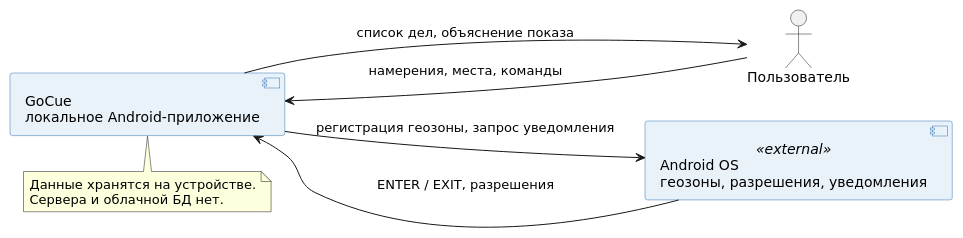
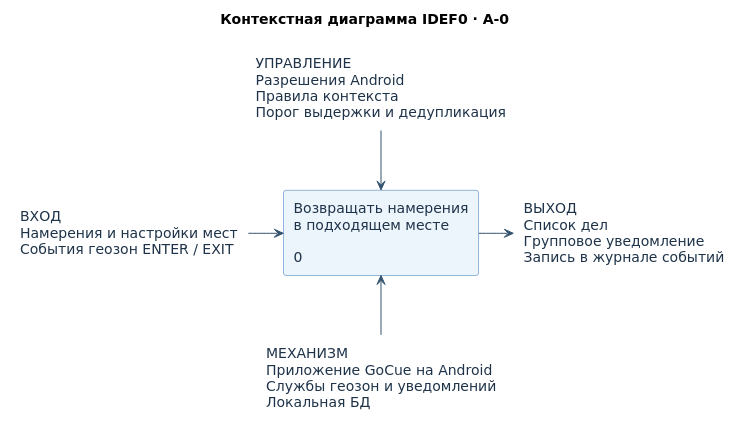
One commit to techmo0/GoCue changed the diagram in docs/lab-02/diagrams/01-context.puml. Above: the diagram before and after it, drawn with PlantUML. The commit also changed 7 other files, not shown here.

Commit message:
Redraw lab 2 context diagram in IDEF0 notation

```diff
--- a/docs/lab-02/diagrams/01-context.puml
+++ b/docs/lab-02/diagrams/01-context.puml
@@ -1,25 +1,23 @@
 @startuml
-left to right direction
+title Контекстная диаграмма IDEF0 · A-0
 skinparam backgroundColor white
 skinparam shadowing false
-skinparam defaultFontName "DejaVu Sans"
-skinparam componentStyle uml2
-skinparam component {
-  BackgroundColor #EAF2F9
-  BorderColor #2D70B2
-}
+skinparam defaultFontName DejaVu Sans
+skinparam rectangleBorderColor white
+skinparam rectangleFontColor #1E3349
+skinparam ArrowColor #34536F
+skinparam linetype ortho
+skinparam rectangle<<function>>BorderColor #2D70B2
+hide stereotype
 
-actor "Пользователь" as User
-component "GoCue\nлокальное Android-приложение" as App
-component "Android OS\nгеозоны, разрешения, уведомления" as OS <<external>>
+rectangle "УПРАВЛЕНИЕ\nРазрешения Android\nПравила контекста\nПорог выдержки и дедупликация" as C #white
+rectangle "ВХОД\nНамерения и настройки мест\nСобытия геозон ENTER / EXIT" as I #white
+rectangle "Возвращать намерения\nв подходящем месте\n\n0" as A0 <<function>> #EDF5FC
+rectangle "ВЫХОД\nСписок дел\nГрупповое уведомление\nЗапись в журнале событий" as O #white
+rectangle "МЕХАНИЗМ\nПриложение GoCue на Android\nСлужбы геозон и уведомлений\nЛокальная БД" as M #white
 
-User --> App : намерения, места, команды
-App --> User : список дел, объяснение показа
-OS --> App : ENTER / EXIT, разрешения
-App --> OS : регистрация геозоны, запрос уведомления
-
-note bottom of App
-  Данные хранятся на устройстве.
-  Сервера и облачной БД нет.
-end note
+C -down-> A0
+I -right-> A0
+A0 -right-> O
+M -up-> A0
 @enduml
```
